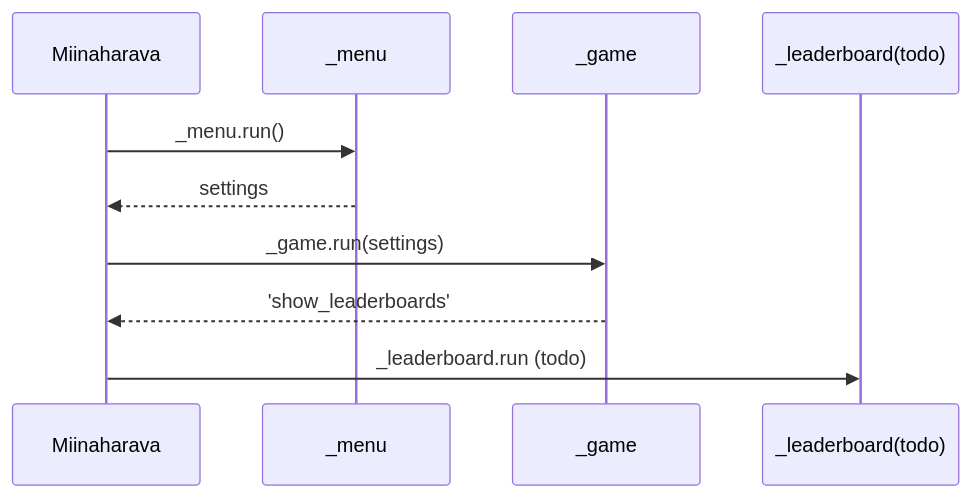
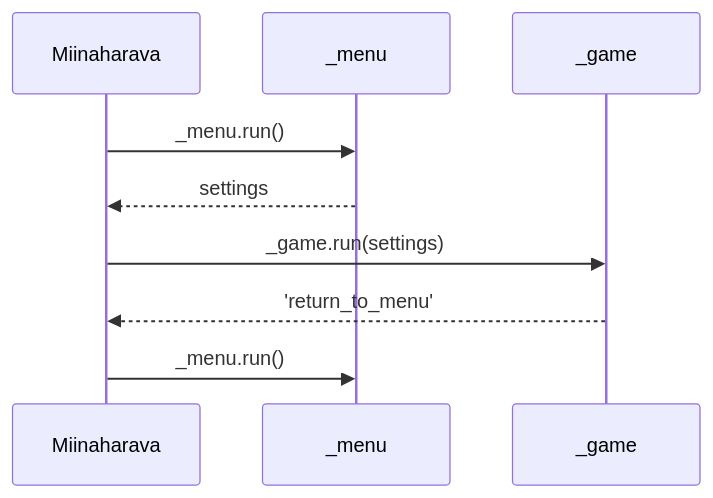
The second of 2 diagrams in Projekti_miinaharava/Dokumentaatio/arkkitehtuurikuvaus.md (EliasTHelsinginYliopisto/ot-harjoitustyo), drawn with Mermaid before and after one commit. The commit also changed other lines of this file and 9 other files, not shown here.

````diff
--- a/Projekti_miinaharava/Dokumentaatio/arkkitehtuurikuvaus.md
+++ b/Projekti_miinaharava/Dokumentaatio/arkkitehtuurikuvaus.md
@@ -23,11 +20,10 @@
 ```mermaid
 sequenceDiagram
-participant Miinaharava
-participant _menu
-Miinaharava->>_menu: _menu.run()
-_menu-->> Miinaharava:settings
-Miinaharava->>_game:  _game.run(settings) 
-
-_game-->>Miinaharava: 'show_leaderboards'
-Miinaharava->>_leaderboard(todo):  _leaderboard.run (todo)
+    participant Miinaharava
+    participant _menu
+    Miinaharava->>_menu: _menu.run()
+    _menu-->> Miinaharava:settings
+    Miinaharava->>_game:  _game.run(settings) 
+    _game-->> Miinaharava:'return_to_menu'
+    Miinaharava->>_menu: _menu.run()
 ```
````
